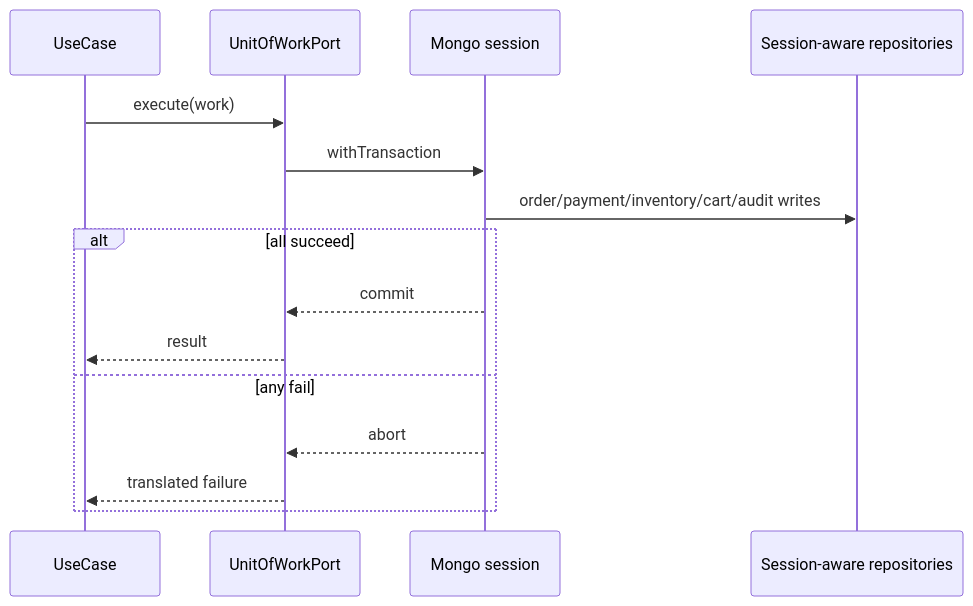
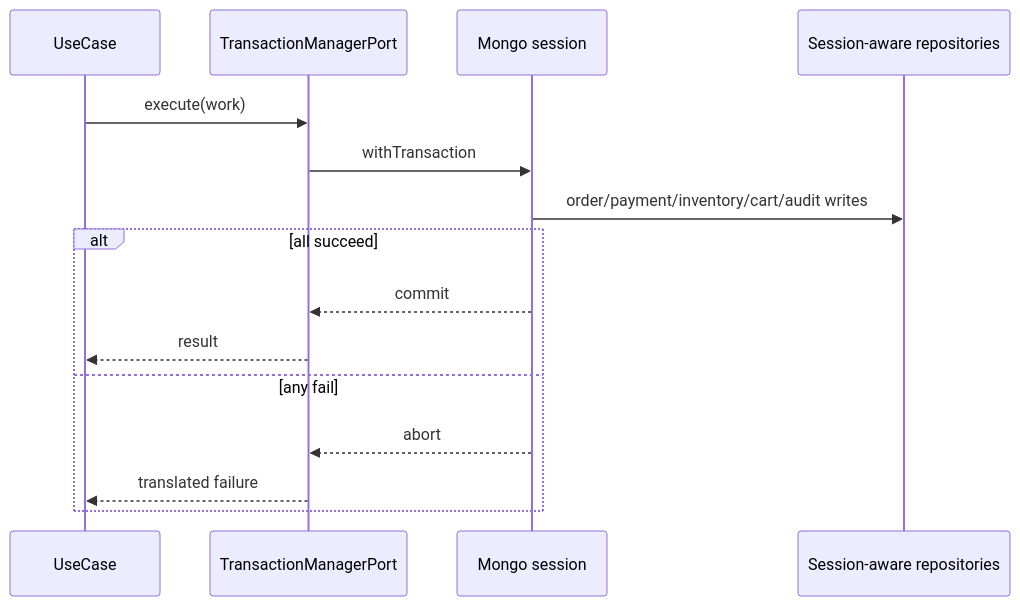
One commit to Kaizer-Systems/saha-textile changed the first of 2 diagrams in docs/database/transactions-and-generation.md. Above: the diagram before and after it, drawn with Mermaid. The commit also changed other lines of this file and 64 other files, not shown here.

````diff
--- a/docs/database/transactions-and-generation.md
+++ b/docs/database/transactions-and-generation.md
@@ -32,18 +36,18 @@
 ```mermaid
 sequenceDiagram
     participant UseCase
-    participant UoW as UnitOfWorkPort
+    participant UoW as TransactionManagerPort
     participant Session as Mongo session
     participant Repos as Session-aware repositories
 
     UseCase->>UoW: execute(work)
     UoW->>Session: withTransaction
     Session->>Repos: order/payment/inventory/cart/audit writes
     alt all succeed
         Session-->>UoW: commit
         UoW-->>UseCase: result
     else any fail
         Session-->>UoW: abort
         UoW-->>UseCase: translated failure
     end
 ```
````
